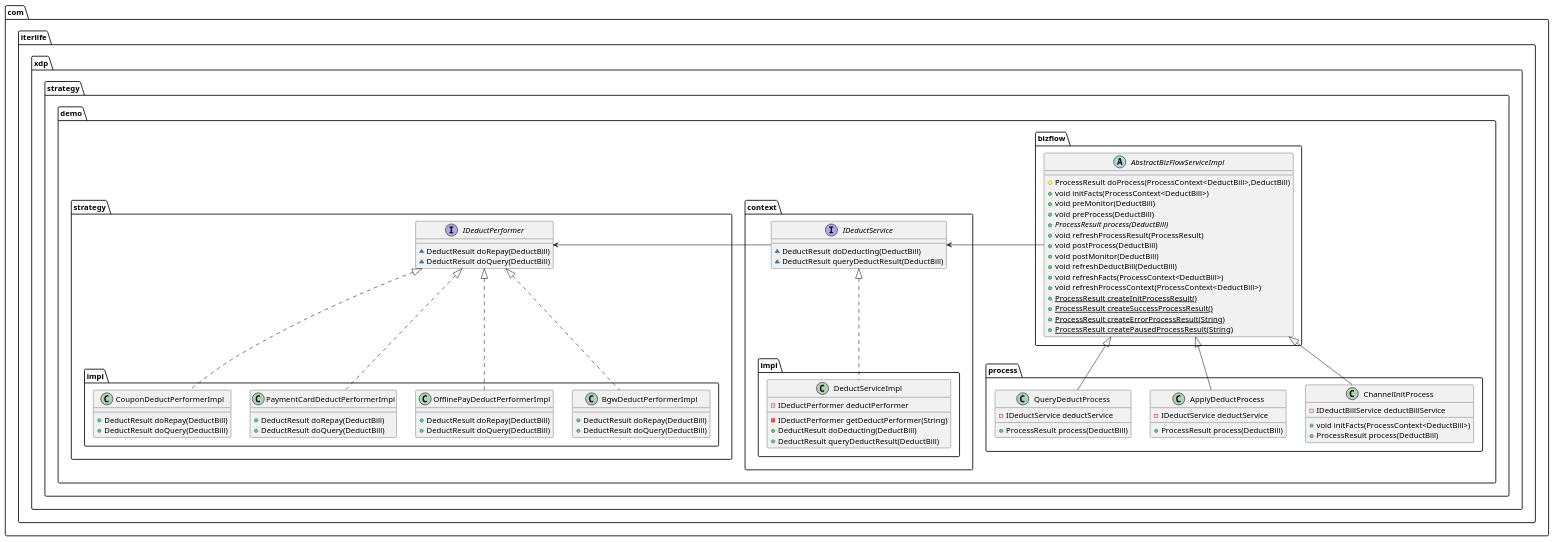
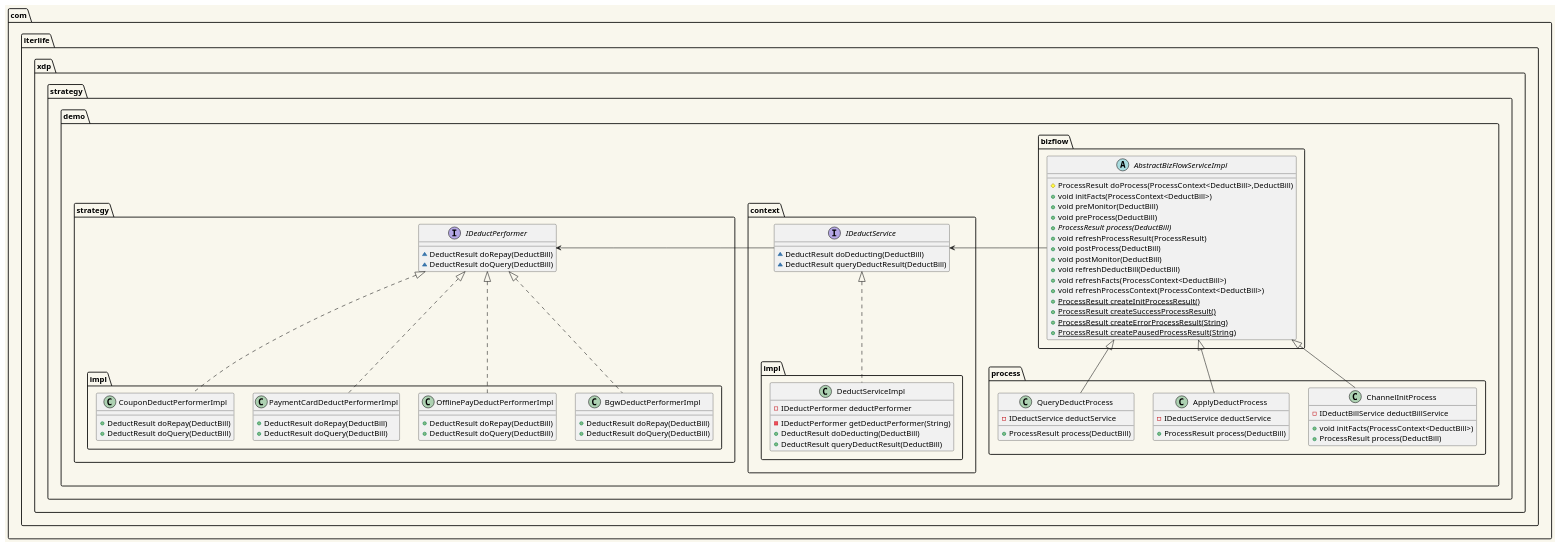
The diagram in src/com/iterlife/xdp/strategy/demo/DeductStrategyDemo.puml (IterLife/design-pattern), drawn with PlantUML before and after one commit.

Commit message:
更新 UML 图例背景色

```diff
--- a/src/com/iterlife/xdp/strategy/demo/DeductStrategyDemo.puml
+++ b/src/com/iterlife/xdp/strategy/demo/DeductStrategyDemo.puml
@@ -1,86 +1,86 @@
 @startuml
-
+skinparam backgroundColor #F9F7ED
 abstract class com.iterlife.xdp.strategy.demo.bizflow.AbstractBizFlowServiceImpl {
 # ProcessResult doProcess(ProcessContext<DeductBill>,DeductBill)
 + void initFacts(ProcessContext<DeductBill>)
 + void preMonitor(DeductBill)
 + void preProcess(DeductBill)
 + {abstract}ProcessResult process(DeductBill)
 + void refreshProcessResult(ProcessResult)
 + void postProcess(DeductBill)
 + void postMonitor(DeductBill)
 + void refreshDeductBill(DeductBill)
 + void refreshFacts(ProcessContext<DeductBill>)
 + void refreshProcessContext(ProcessContext<DeductBill>)
 + {static} ProcessResult createInitProcessResult()
 + {static} ProcessResult createSuccessProcessResult()
 + {static} ProcessResult createErrorProcessResult(String)
 + {static} ProcessResult createPausedProcessResult(String)
 }
 
 class com.iterlife.xdp.strategy.demo.process.ChannelInitProcess {
 - IDeductBillService deductBillService
 + void initFacts(ProcessContext<DeductBill>)
 + ProcessResult process(DeductBill)
 }
 
 class com.iterlife.xdp.strategy.demo.process.ApplyDeductProcess {
 - IDeductService deductService
 + ProcessResult process(DeductBill)
 }
 
 class com.iterlife.xdp.strategy.demo.process.QueryDeductProcess {
 - IDeductService deductService
 + ProcessResult process(DeductBill)
 }
 
 
 interface com.iterlife.xdp.strategy.demo.context.IDeductService {
 ~ DeductResult doDeducting(DeductBill)
 ~ DeductResult queryDeductResult(DeductBill)
 }
 
 class com.iterlife.xdp.strategy.demo.context.impl.DeductServiceImpl {
 - IDeductPerformer deductPerformer
 - IDeductPerformer getDeductPerformer(String)
 + DeductResult doDeducting(DeductBill)
 + DeductResult queryDeductResult(DeductBill)
 }
 
 
 interface com.iterlife.xdp.strategy.demo.strategy.IDeductPerformer {
 ~ DeductResult doRepay(DeductBill)
 ~ DeductResult doQuery(DeductBill)
 }
 class com.iterlife.xdp.strategy.demo.strategy.impl.BgwDeductPerformerImpl {
 + DeductResult doRepay(DeductBill)
 + DeductResult doQuery(DeductBill)
 }
 
 class com.iterlife.xdp.strategy.demo.strategy.impl.OfflinePayDeductPerformerImpl {
 + DeductResult doRepay(DeductBill)
 + DeductResult doQuery(DeductBill)
 }
 
 class com.iterlife.xdp.strategy.demo.strategy.impl.PaymentCardDeductPerformerImpl {
 + DeductResult doRepay(DeductBill)
 + DeductResult doQuery(DeductBill)
 }
 
 
 class com.iterlife.xdp.strategy.demo.strategy.impl.CouponDeductPerformerImpl {
 + DeductResult doRepay(DeductBill)
 + DeductResult doQuery(DeductBill)
 }
 
 com.iterlife.xdp.strategy.demo.bizflow.AbstractBizFlowServiceImpl -> com.iterlife.xdp.strategy.demo.context.IDeductService
 com.iterlife.xdp.strategy.demo.context.IDeductService -> com.iterlife.xdp.strategy.demo.strategy.IDeductPerformer
 com.iterlife.xdp.strategy.demo.context.IDeductService <|.. com.iterlife.xdp.strategy.demo.context.impl.DeductServiceImpl
 com.iterlife.xdp.strategy.demo.strategy.IDeductPerformer <|.. com.iterlife.xdp.strategy.demo.strategy.impl.BgwDeductPerformerImpl
 com.iterlife.xdp.strategy.demo.bizflow.AbstractBizFlowServiceImpl <|-- com.iterlife.xdp.strategy.demo.process.ChannelInitProcess
 com.iterlife.xdp.strategy.demo.strategy.IDeductPerformer <|.. com.iterlife.xdp.strategy.demo.strategy.impl.OfflinePayDeductPerformerImpl
 com.iterlife.xdp.strategy.demo.strategy.IDeductPerformer <|.. com.iterlife.xdp.strategy.demo.strategy.impl.PaymentCardDeductPerformerImpl
 com.iterlife.xdp.strategy.demo.bizflow.AbstractBizFlowServiceImpl <|-- com.iterlife.xdp.strategy.demo.process.QueryDeductProcess
 com.iterlife.xdp.strategy.demo.strategy.IDeductPerformer <|.. com.iterlife.xdp.strategy.demo.strategy.impl.CouponDeductPerformerImpl
 com.iterlife.xdp.strategy.demo.bizflow.AbstractBizFlowServiceImpl <|-- com.iterlife.xdp.strategy.demo.process.ApplyDeductProcess
 @enduml
```
